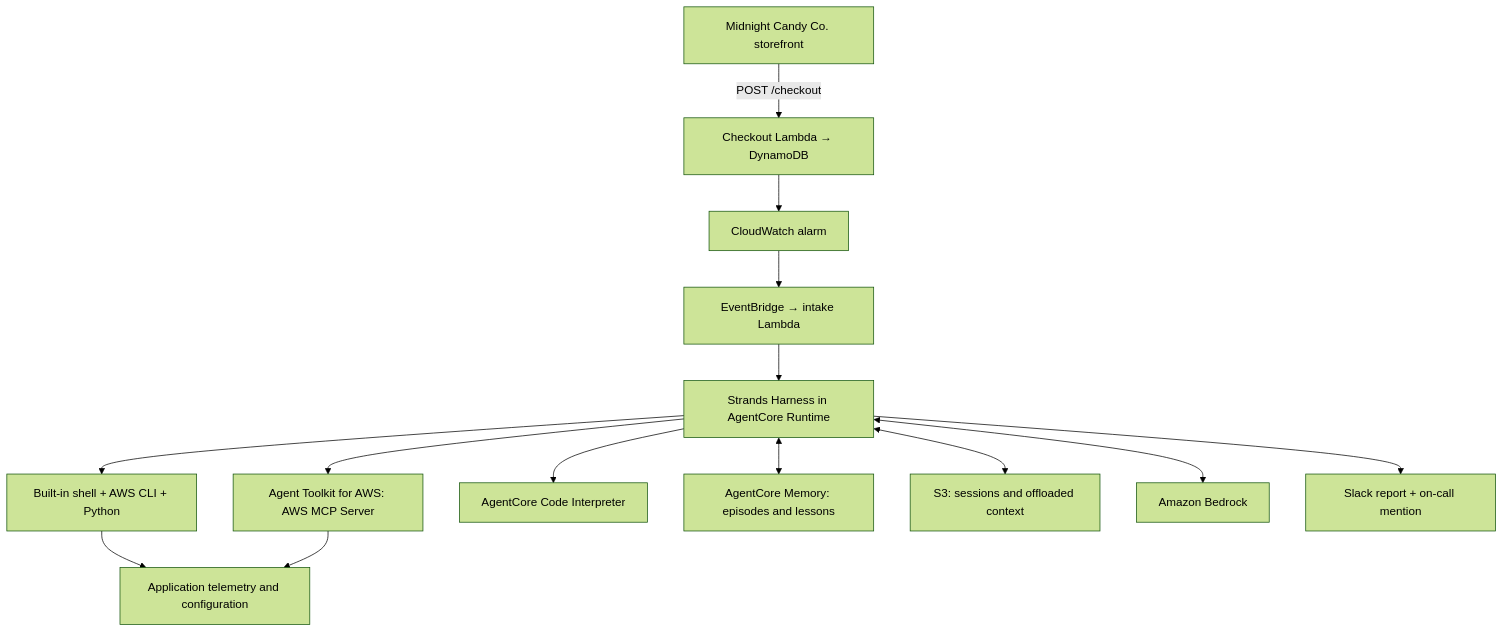
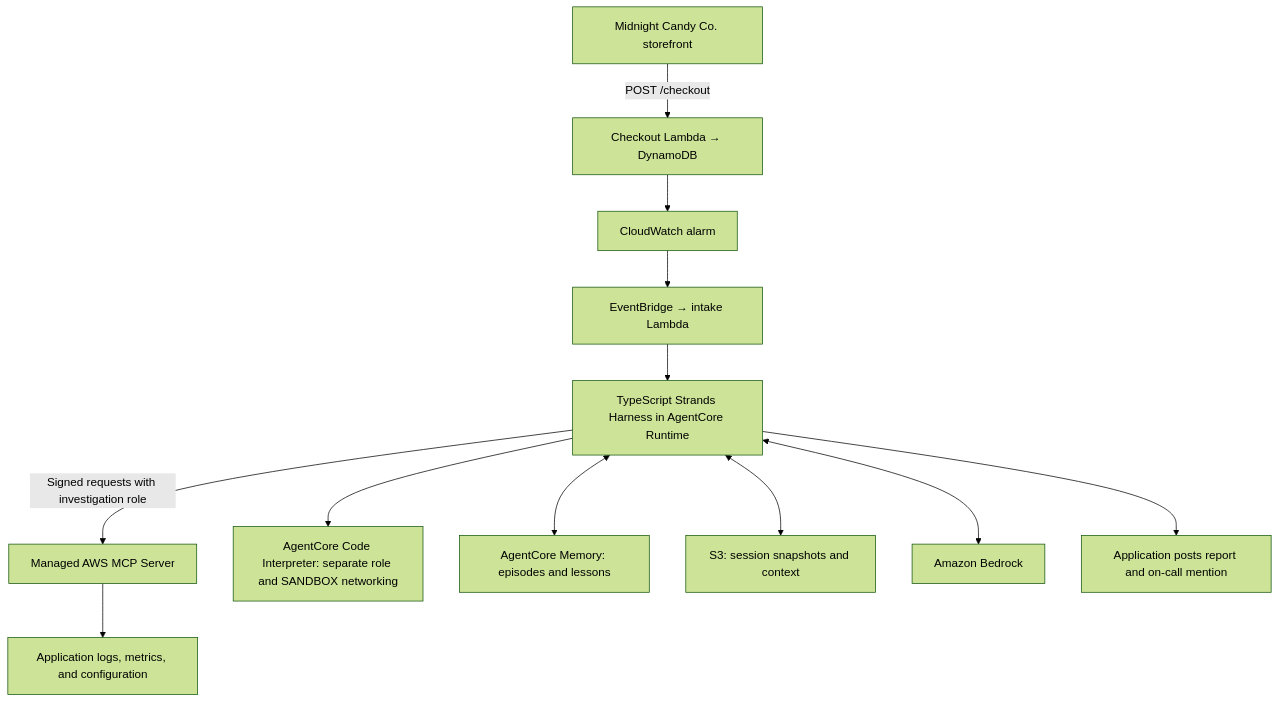
One commit to morganwilliscloud/strands-harness-incident-triage changed the diagram in README.md. Above: the diagram before and after it, drawn with Mermaid (forest theme). The commit also changed other lines of this file and 15 other files, not shown here.

Commit message:
Move incident investigator to TypeScript and isolated Code Interpreter

````diff
--- a/README.md
+++ b/README.md
@@ -9,16 +9,14 @@
 ```mermaid
 flowchart TD
-    Browser[Midnight Candy Co. storefront] -->|POST /checkout| App
-    App[Checkout Lambda → DynamoDB] --> Alarm[CloudWatch alarm]
+    Browser[Midnight Candy Co. storefront] -->|POST /checkout| App[Checkout Lambda → DynamoDB]
+    App --> Alarm[CloudWatch alarm]
     Alarm --> Intake[EventBridge → intake Lambda]
-    Intake --> Agent[Strands Harness in AgentCore Runtime]
-    Agent --> Shell[Built-in shell + AWS CLI + Python]
-    Agent --> Toolkit[Agent Toolkit for AWS: AWS MCP Server]
-    Shell --> AWS[Application telemetry and configuration]
-    Toolkit --> AWS
-    Agent --> CI[AgentCore Code Interpreter]
+    Intake --> Agent[TypeScript Strands Harness in AgentCore Runtime]
+    Agent -->|Signed requests with investigation role| Toolkit[Managed AWS MCP Server]
+    Toolkit --> AWS[Application logs, metrics, and configuration]
+    Agent --> Interpreter[AgentCore Code Interpreter: separate role and SANDBOX networking]
     Agent <--> Memory[AgentCore Memory: episodes and lessons]
-    Agent <--> Sessions[S3: sessions and offloaded context]
+    Agent <--> Sessions[S3: session snapshots and context]
     Agent <--> Model[Amazon Bedrock]
-    Agent --> Slack[Slack report + on-call mention]
+    Agent --> Slack[Application posts report and on-call mention]
 ```
````
